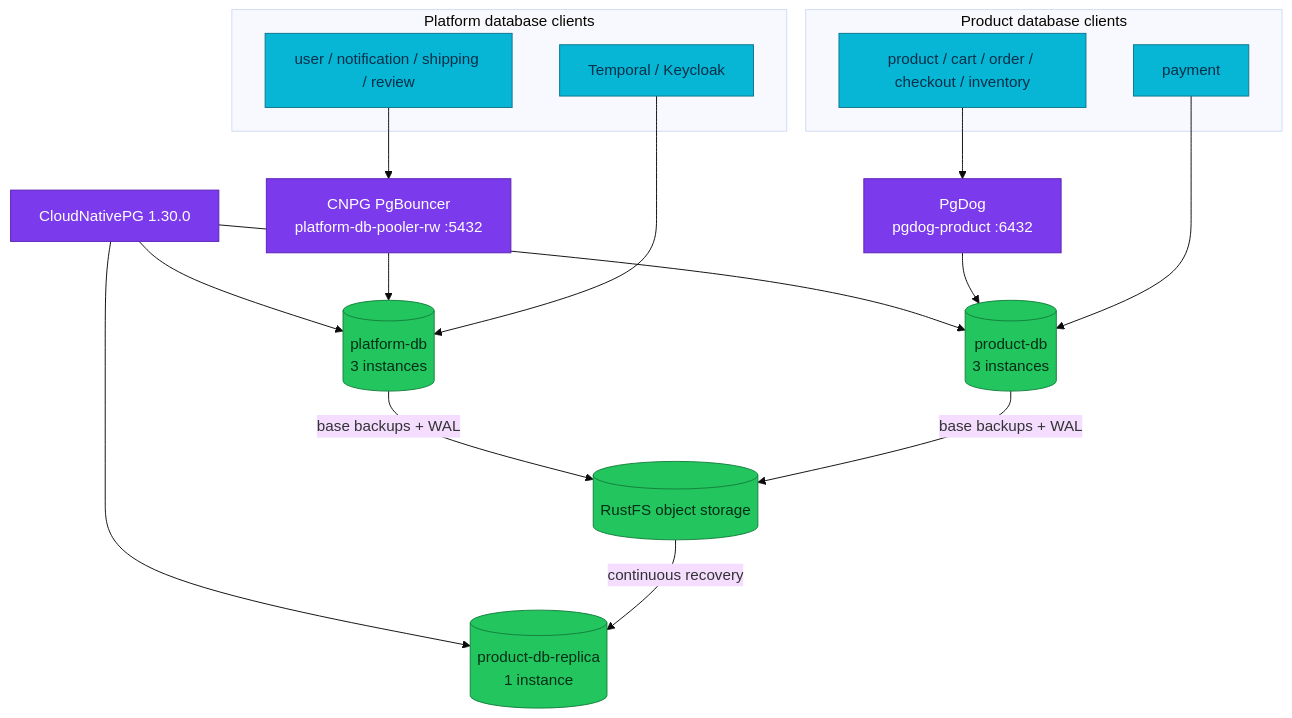
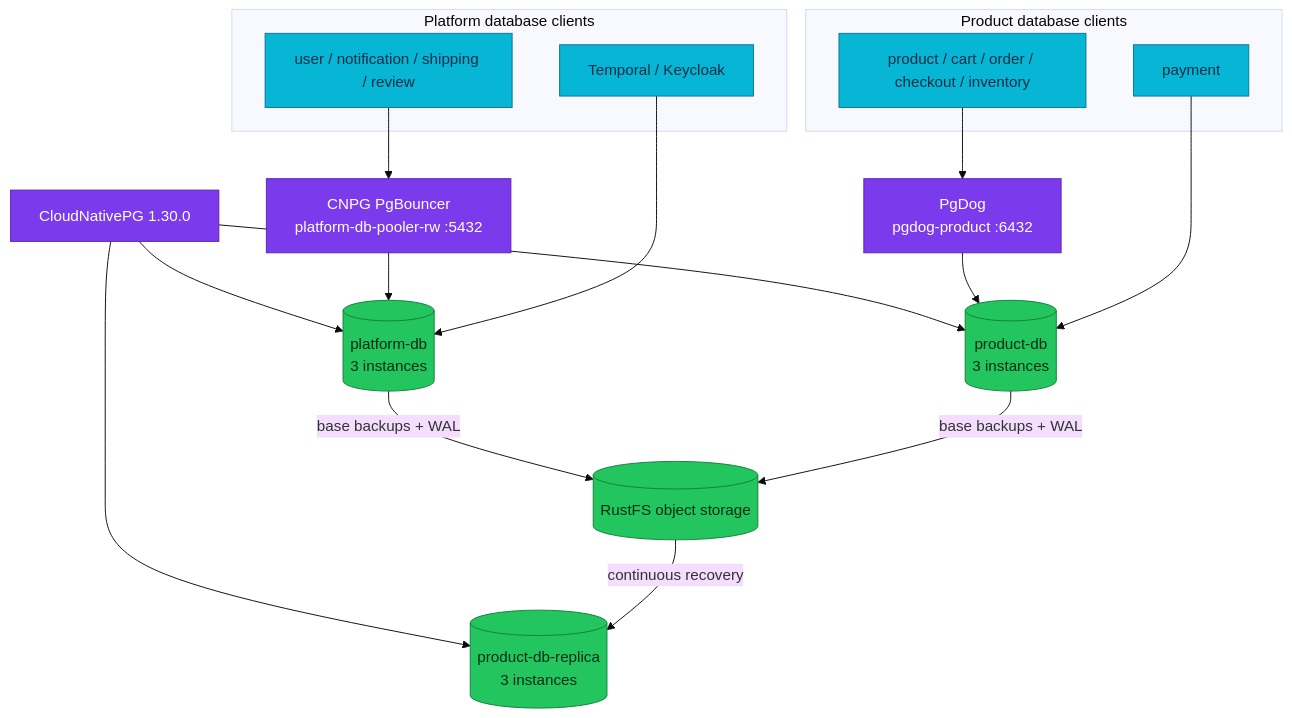
One commit to duynhlab/homelab changed the diagram in docs/databases/architecture.md. Above: the diagram before and after it, drawn with Mermaid (base theme). The commit also changed other lines of this file and 12 other files, not shown here.

````diff
--- a/docs/databases/architecture.md
+++ b/docs/databases/architecture.md
@@ -18,39 +18,39 @@
 ```mermaid
 flowchart TB
     CNPG["CloudNativePG 1.30.0"]
 
     subgraph PlatformClients["Platform database clients"]
         PlatformApps["user / notification / shipping / review"]
         DirectPlatform["Temporal / Keycloak"]
     end
 
     subgraph ProductClients["Product database clients"]
         ProductApps["product / cart / order / checkout / inventory"]
         Payment["payment"]
     end
 
     PgBouncer["CNPG PgBouncer<br/>platform-db-pooler-rw :5432"]
     PgDog["PgDog<br/>pgdog-product :6432"]
     Platform[("platform-db<br/>3 instances")]
     Product[("product-db<br/>3 instances")]
-    DR[("product-db-replica<br/>1 instance")]
+    DR[("product-db-replica<br/>3 instances")]
     Store[("RustFS object storage")]
 
     CNPG --> Platform
     CNPG --> Product
     CNPG --> DR
     PlatformApps --> PgBouncer --> Platform
     DirectPlatform --> Platform
     ProductApps --> PgDog --> Product
     Payment --> Product
     Platform -->|"base backups + WAL"| Store
     Product -->|"base backups + WAL"| Store
     Store -->|"continuous recovery"| DR
 
     classDef service fill:#06b6d4,color:#082f49,stroke:#0e7490;
     classDef platform fill:#7c3aed,color:#fff,stroke:#5b21b6;
     classDef data fill:#22c55e,color:#052e16,stroke:#15803d;
     class CNPG,PgBouncer,PgDog platform;
     class PlatformApps,DirectPlatform,ProductApps,Payment service;
     class Platform,Product,DR,Store data;
 ```
````
